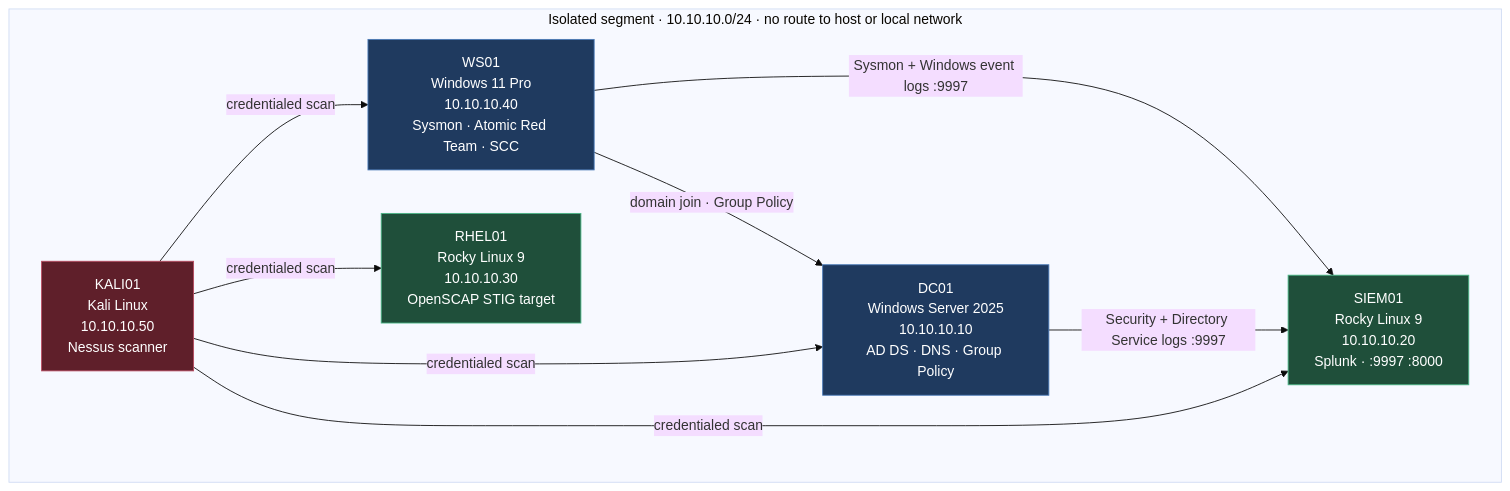
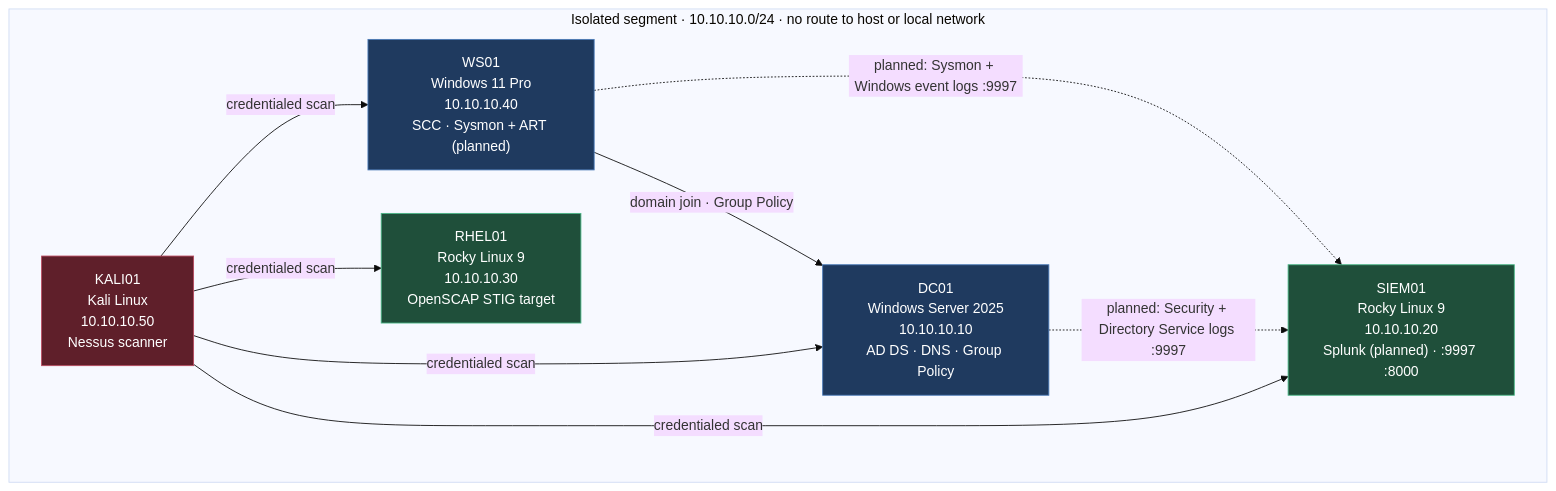
The diagram in README.md (SamEmerson1/federal-homelab), drawn with Mermaid (base theme) before and after one commit. The commit also changed other lines of this file and 6 other files, not shown here.

````diff
--- a/README.md
+++ b/README.md
@@ -26,25 +26,25 @@
 ```mermaid
 graph TB
     subgraph LABNET["Isolated segment · 10.10.10.0/24 · no route to host or local network"]
         DC01["DC01<br/>Windows Server 2025<br/>10.10.10.10<br/>AD DS · DNS · Group Policy"]
-        SIEM01["SIEM01<br/>Rocky Linux 9<br/>10.10.10.20<br/>Splunk · :9997 :8000"]
+        SIEM01["SIEM01<br/>Rocky Linux 9<br/>10.10.10.20<br/>Splunk (planned) · :9997 :8000"]
         RHEL01["RHEL01<br/>Rocky Linux 9<br/>10.10.10.30<br/>OpenSCAP STIG target"]
-        WS01["WS01<br/>Windows 11 Pro<br/>10.10.10.40<br/>Sysmon · Atomic Red Team · SCC"]
+        WS01["WS01<br/>Windows 11 Pro<br/>10.10.10.40<br/>SCC · Sysmon + ART (planned)"]
         KALI01["KALI01<br/>Kali Linux<br/>10.10.10.50<br/>Nessus scanner"]
     end
 
     WS01 -->|"domain join · Group Policy"| DC01
-    WS01 -->|"Sysmon + Windows event logs :9997"| SIEM01
-    DC01 -->|"Security + Directory Service logs :9997"| SIEM01
+    WS01 -.->|"planned: Sysmon + Windows event logs :9997"| SIEM01
+    DC01 -.->|"planned: Security + Directory Service logs :9997"| SIEM01
     KALI01 -->|"credentialed scan"| DC01
     KALI01 -->|"credentialed scan"| WS01
     KALI01 -->|"credentialed scan"| RHEL01
     KALI01 -->|"credentialed scan"| SIEM01
 
     classDef win fill:#1f3a5f,stroke:#4a7ab8,color:#ffffff
     classDef lin fill:#1f4f3a,stroke:#4ab887,color:#ffffff
     classDef atk fill:#5f1f2a,stroke:#b84a5f,color:#ffffff
     class DC01,WS01 win
     class SIEM01,RHEL01 lin
     class KALI01 atk
 ```
````
